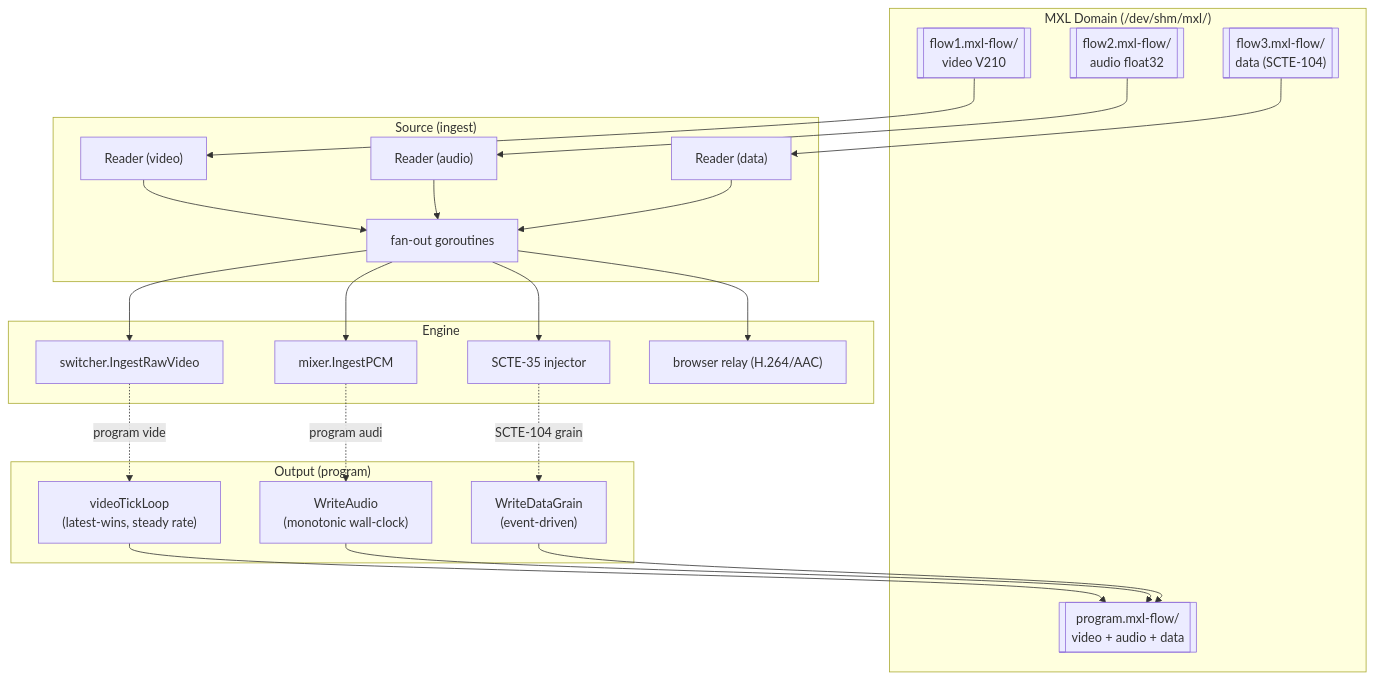
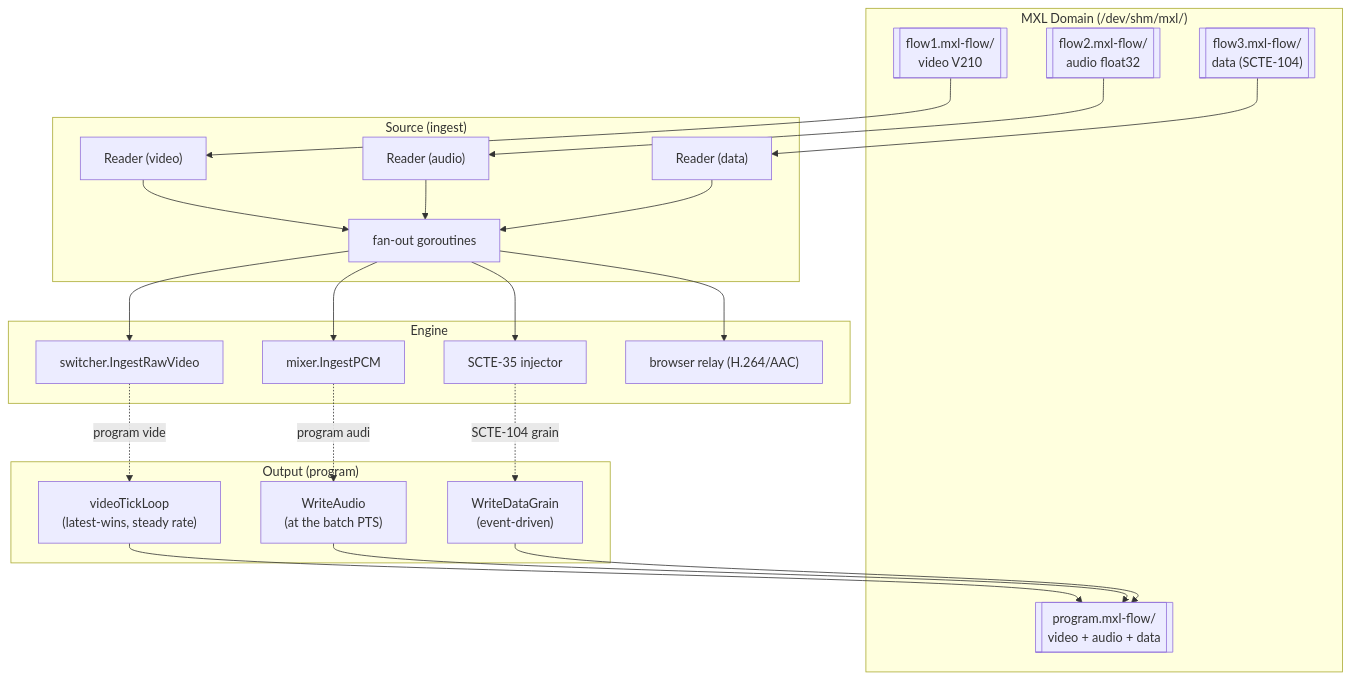
Before and after one commit to qvest-digital/dmf-mf-switchframe: the diagram in docs/subsystems/mxl.md, drawn with Mermaid. The commit also changed other lines of this file and 26 other files, not shown here.

First line of the commit message:
fix(mxl): index program audio by its PTS, not by the clock (#188)

````diff
--- a/docs/subsystems/mxl.md
+++ b/docs/subsystems/mxl.md
@@ -107,47 +107,47 @@
 ```mermaid
 flowchart TB
     subgraph shm ["MXL Domain (/dev/shm/mxl/)"]
         F1[["flow1.mxl-flow/<br/>video V210"]]
         F2[["flow2.mxl-flow/<br/>audio float32"]]
         F3[["flow3.mxl-flow/<br/>data (SCTE-104)"]]
         OUT[["program.mxl-flow/<br/>video + audio + data"]]
     end
 
     subgraph src ["Source (ingest)"]
         R1["Reader (video)"]
         R2["Reader (audio)"]
         R3["Reader (data)"]
         FAN["fan-out goroutines"]
     end
 
     subgraph sw ["Engine"]
         SWI["switcher.IngestRawVideo"]
         MXI["mixer.IngestPCM"]
         S35["SCTE-35 injector"]
         RELAY["browser relay (H.264/AAC)"]
     end
 
     subgraph outp ["Output (program)"]
         WV["videoTickLoop<br/>(latest-wins, steady rate)"]
-        WA["WriteAudio<br/>(monotonic wall-clock)"]
+        WA["WriteAudio<br/>(at the batch PTS)"]
         WD["WriteDataGrain<br/>(event-driven)"]
     end
 
     F1 --> R1
     F2 --> R2
     F3 --> R3
     R1 --> FAN
     R2 --> FAN
     R3 --> FAN
     FAN --> SWI
     FAN --> MXI
     FAN --> S35
     FAN --> RELAY
 
     SWI -.program video.-> WV
     MXI -.program audio.-> WA
     S35 -.SCTE-104 grain.-> WD
     WV --> OUT
     WA --> OUT
     WD --> OUT
 ```
````
